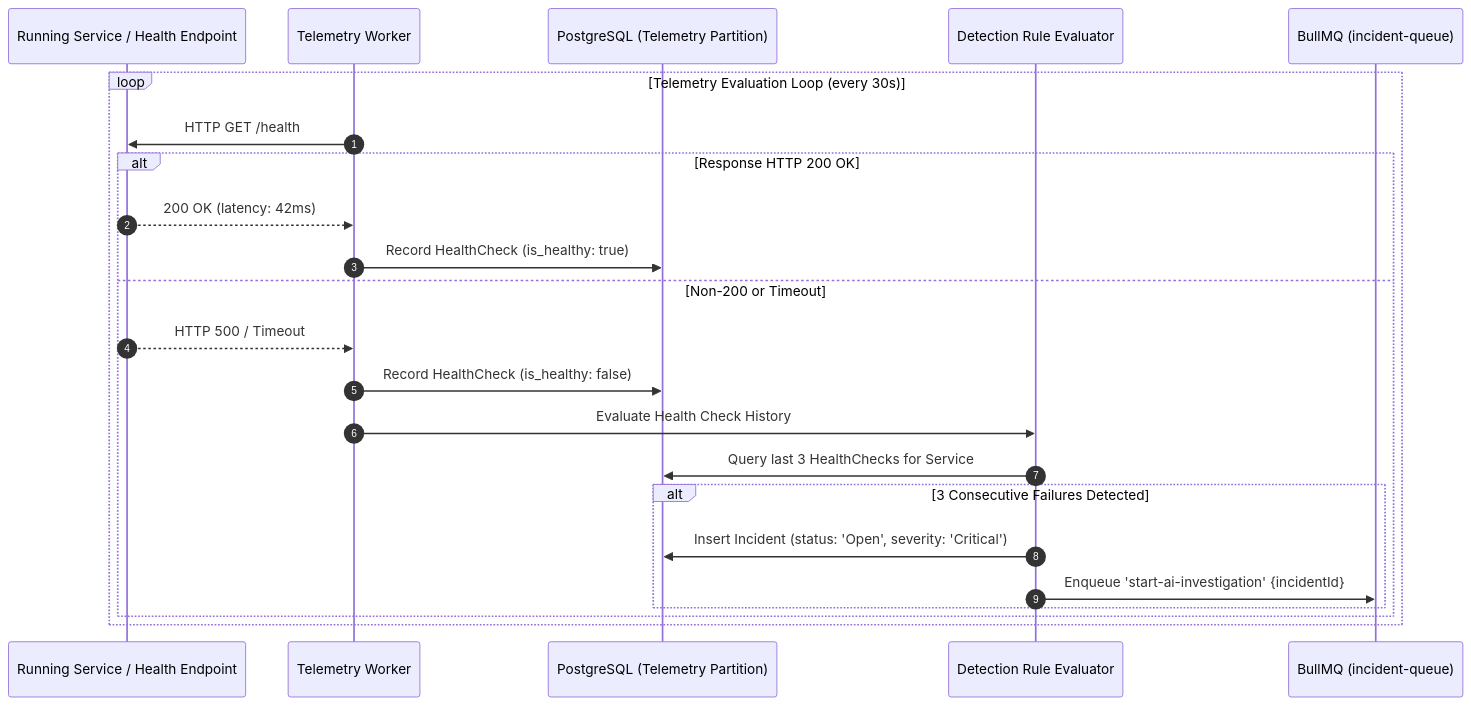
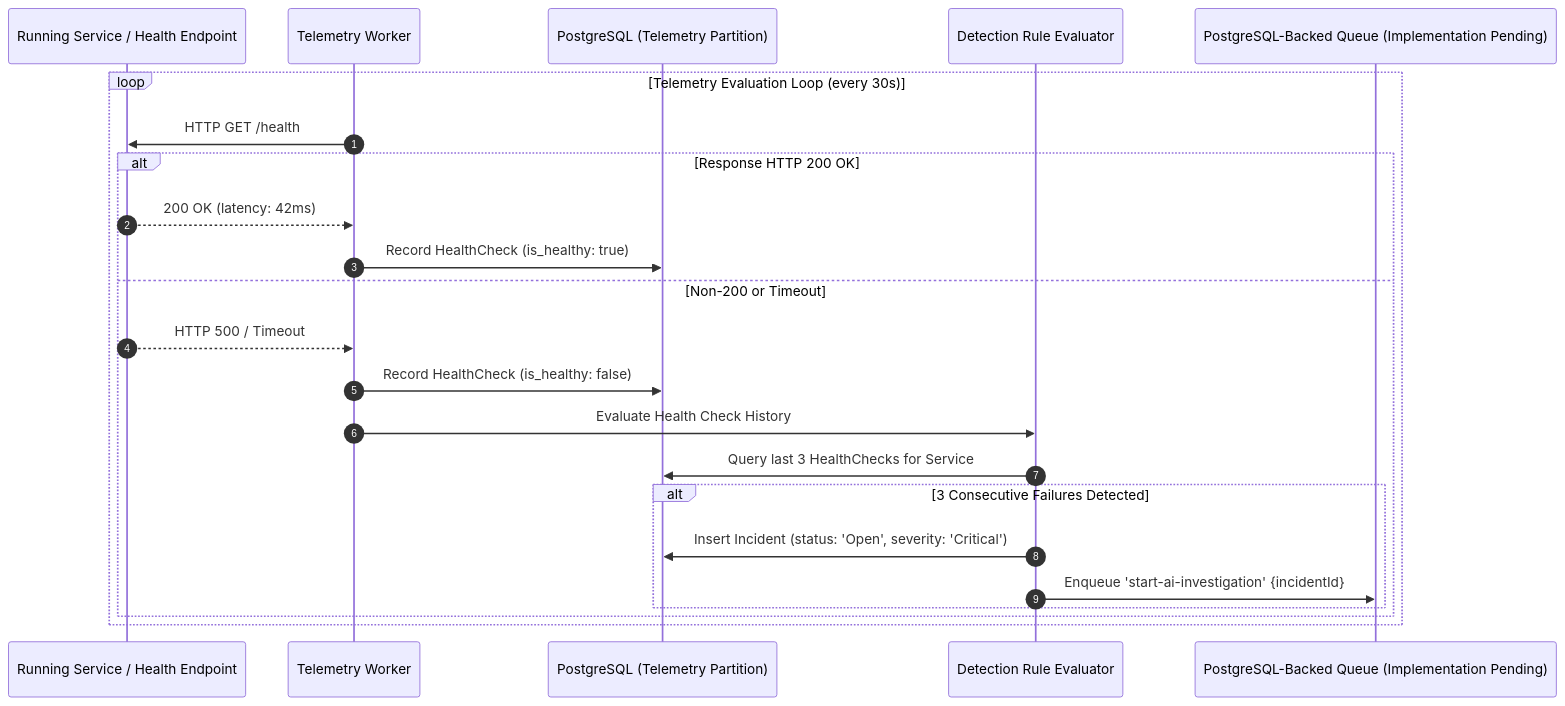
Before and after one commit to anwarbuilds1/OpsPilot: the fifth of 6 diagrams in docs/architecture/DATA_FLOW.md, drawn with Mermaid. The commit also changed other lines of this file and 40 other files, not shown here.

````diff
--- a/docs/architecture/DATA_FLOW.md
+++ b/docs/architecture/DATA_FLOW.md
@@ -144,26 +144,26 @@
 ```mermaid
 sequenceDiagram
     autonumber
     participant Target as Running Service / Health Endpoint
     participant Worker as Telemetry Worker
     participant DB as PostgreSQL (Telemetry Partition)
     participant Rule as Detection Rule Evaluator
-    participant Queue as BullMQ (incident-queue)
+    participant Queue as PostgreSQL-Backed Queue (Implementation Pending)
 
     loop Telemetry Evaluation Loop (every 30s)
         Worker->>Target: HTTP GET /health
         alt Response HTTP 200 OK
             Target-->>Worker: 200 OK (latency: 42ms)
             Worker->>DB: Record HealthCheck (is_healthy: true)
         else Non-200 or Timeout
             Target-->>Worker: HTTP 500 / Timeout
             Worker->>DB: Record HealthCheck (is_healthy: false)
             Worker->>Rule: Evaluate Health Check History
             Rule->>DB: Query last 3 HealthChecks for Service
             alt 3 Consecutive Failures Detected
                 Rule->>DB: Insert Incident (status: 'Open', severity: 'Critical')
                 Rule->>Queue: Enqueue 'start-ai-investigation' {incidentId}
             end
         end
     end
 ```
````
